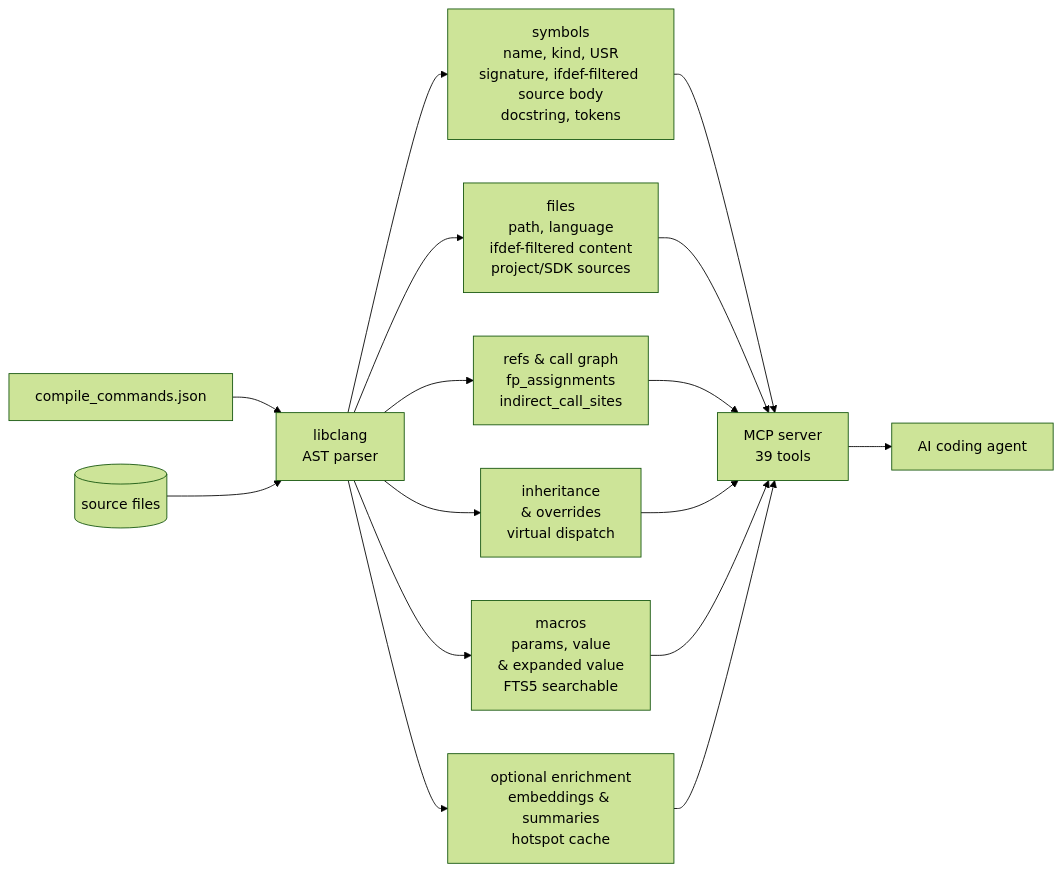
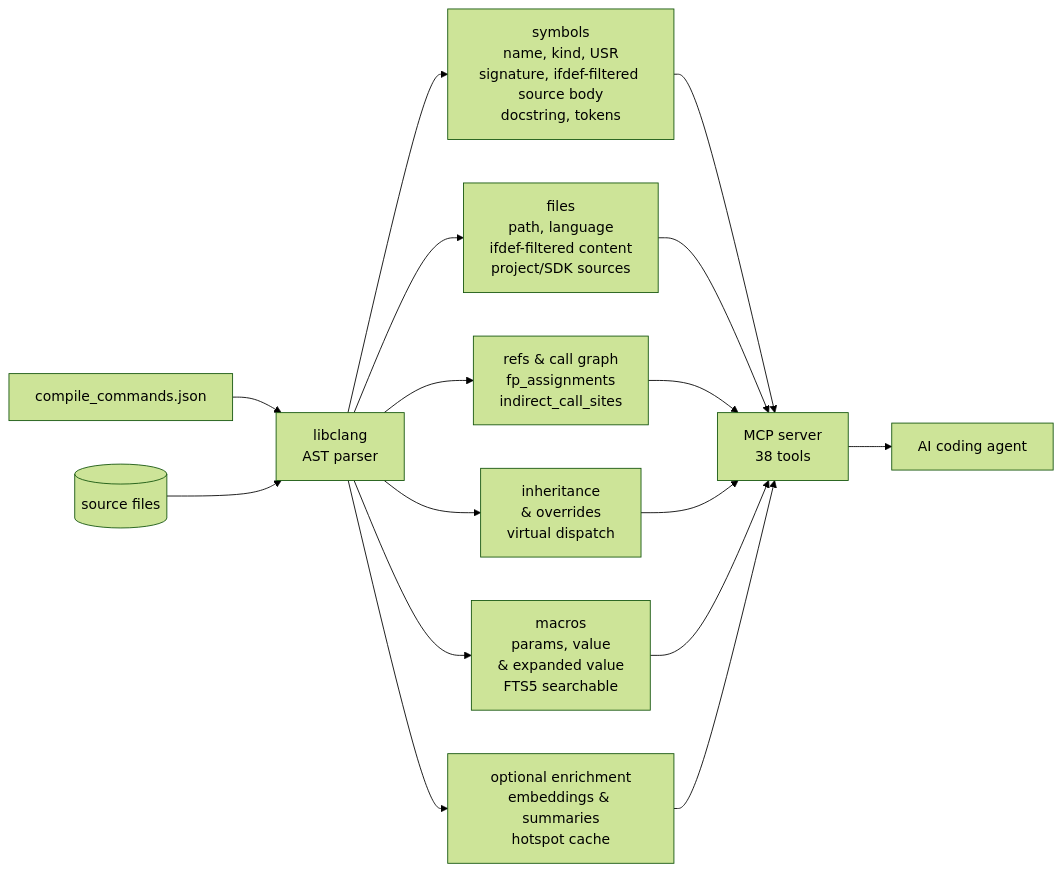
One commit to turbyho/fw-context-mcp changed the diagram in README.md. Above: the diagram before and after it, drawn with Mermaid (forest theme). The commit also changed other lines of this file and 18 other files, not shown here.

````diff
--- a/README.md
+++ b/README.md
@@ -112,7 +112,7 @@
 ```mermaid
 flowchart LR
     CCJ[compile_commands.json] & SRC[(source files)] --> LIBCLANG[libclang<br/>AST parser]
     LIBCLANG --> SYMBOLS[symbols<br/>name, kind, USR<br/>signature, ifdef-filtered source body<br/>docstring, tokens] & FILES[files<br/>path, language<br/>ifdef-filtered content<br/>project/SDK sources] & REFS[refs &amp; call graph<br/>fp_assignments<br/>indirect_call_sites] & INHERIT[inheritance<br/>&amp; overrides<br/>virtual dispatch] & MACROS[macros<br/>params, value<br/>&amp; expanded value<br/>FTS5 searchable] & ENRICH[optional enrichment<br/>embeddings &amp; summaries<br/>hotspot cache]
-    SYMBOLS & FILES & REFS & INHERIT & MACROS & ENRICH --> MCP[MCP server<br/>39 tools]
+    SYMBOLS & FILES & REFS & INHERIT & MACROS & ENRICH --> MCP[MCP server<br/>38 tools]
     MCP --> LLM[AI coding agent]
 ```
````
